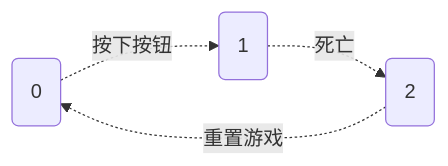
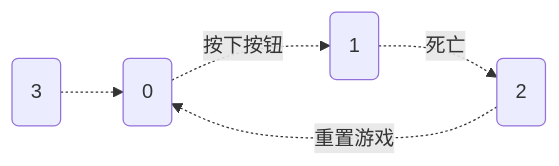
One commit to FUTURETECH6/FlappyBird changed the third of 3 diagrams in _MYDOC/Report.md. Above: the diagram before and after it, drawn with Mermaid. The commit also changed other lines of this file, not shown here.

````diff
--- a/_MYDOC/Report.md
+++ b/_MYDOC/Report.md
@@ -93,7 +93,8 @@
 ```mermaid
 graph LR
 
 0(0) -.按下按钮.-> 1(1)
 1 -.死亡.-> 2(2)
 2 -.重置游戏.-> 0
+3(3) .-> 0
 ```
````
